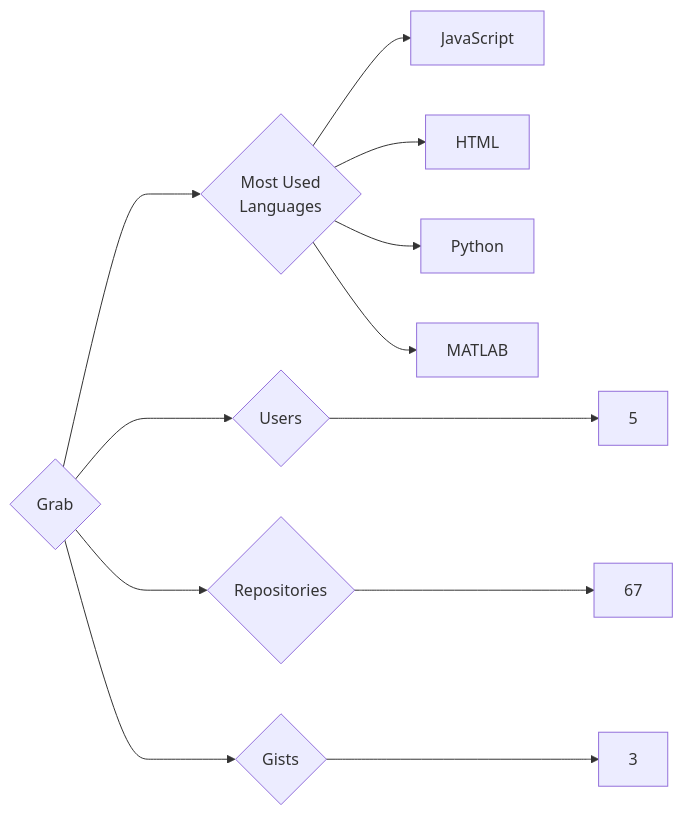
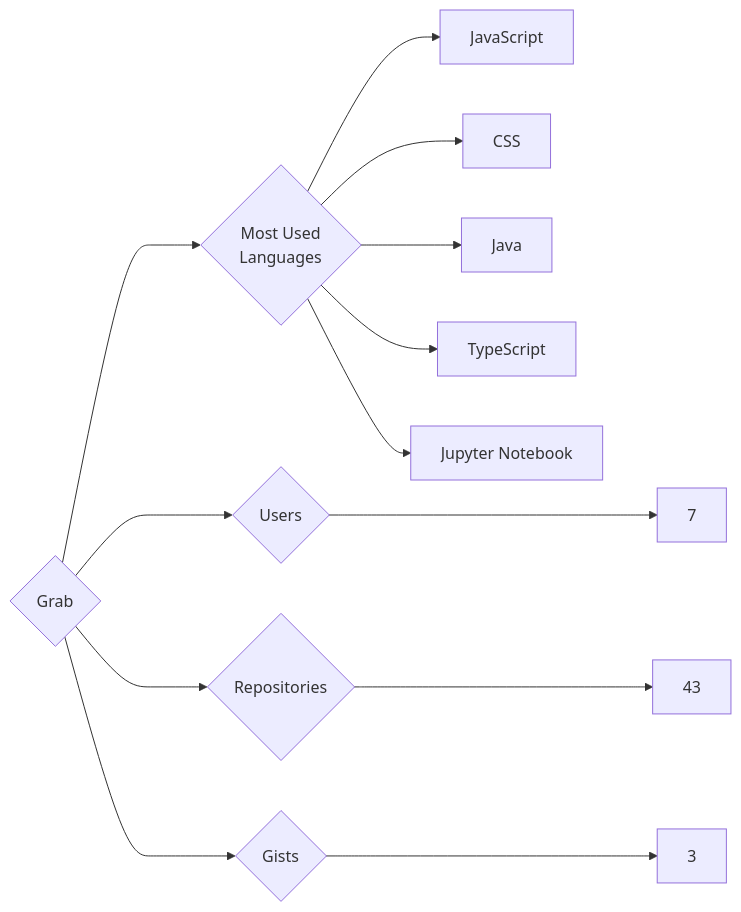
One commit to trickest/insiders changed the diagram in targets/Grab/README.md. Above: the diagram before and after it, drawn with Mermaid. The commit also changed 1030 other files, not shown here.

````diff
--- a/targets/Grab/README.md
+++ b/targets/Grab/README.md
@@ -3,12 +3,13 @@
 ```mermaid
 graph LR
 COMPANY_NAME{Grab}
-COMPANY_NAME ---> U{Users} ---> UN[5]
-COMPANY_NAME ---> R{Repositories} ---> RN[67]
+COMPANY_NAME ---> U{Users} ---> UN[7]
+COMPANY_NAME ---> R{Repositories} ---> RN[43]
 COMPANY_NAME ---> G{Gists} ---> GN[3]
 COMPANY_NAME ---> ML{Most Used<br>Languages}
 ML --> JavaScript[JavaScript]
-ML --> HTML[HTML]
-ML --> Python[Python]
-ML --> MATLAB[MATLAB]
+ML --> CSS[CSS]
+ML --> Java[Java]
+ML --> TypeScript[TypeScript]
+ML --> Jupyter_Notebook[Jupyter Notebook]
 ```
````
